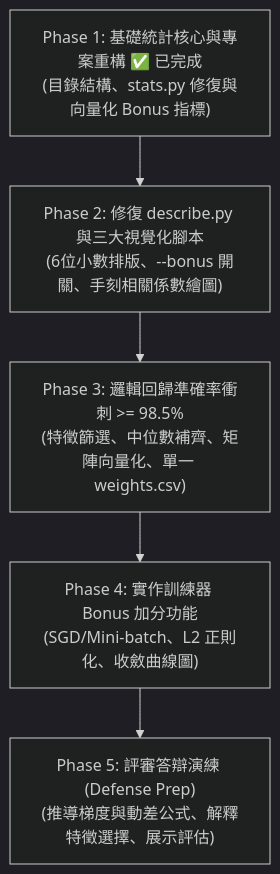
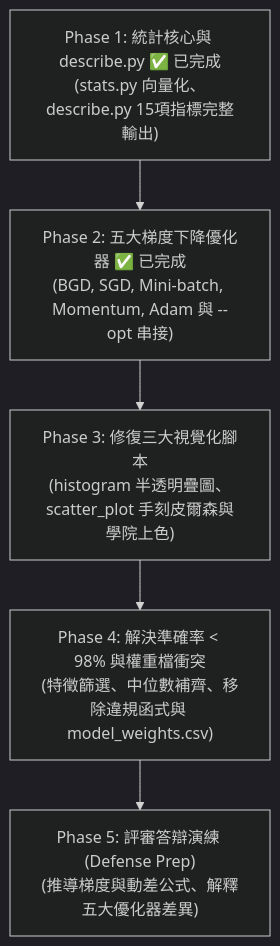
One commit to GauChau/dslr changed the first of 2 diagrams in docs/TODO.md. Above: the diagram before and after it, drawn with Mermaid (dark theme). The commit also changed other lines of this file and 5 other files, not shown here.

````diff
--- a/docs/TODO.md
+++ b/docs/TODO.md
@@ -279,7 +331,7 @@
 ```mermaid
 flowchart TD
-    A["Phase 1: 基礎統計核心與專案重構 ✅ 已完成<br>(目錄結構、stats.py 修復與向量化 Bonus 指標)"] --> B["Phase 2: 修復 describe.py 與三大視覺化腳本<br>(6位小數排版、--bonus 開關、手刻相關係數繪圖)"]
-    B --> C["Phase 3: 邏輯回歸準確率衝刺 >= 98.5%<br>(特徵篩選、中位數補齊、矩陣向量化、單一 weights.csv)"]
-    C --> D["Phase 4: 實作訓練器 Bonus 加分功能<br>(SGD/Mini-batch、L2 正則化、收斂曲線圖)"]
-    D --> E["Phase 5: 評審答辯演練 (Defense Prep)<br>(推導梯度與動差公式、解釋特徵選擇、展示評估)"]
+    A["Phase 1: 統計核心與 describe.py ✅ 已完成<br>(stats.py 向量化、describe.py 15項指標完整輸出)"] --> B["Phase 2: 五大梯度下降優化器 ✅ 已完成<br>(BGD, SGD, Mini-batch, Momentum, Adam 與 --opt 串接)"]
+    B --> C["Phase 3: 修復三大視覺化腳本<br>(histogram 半透明疊圖、scatter_plot 手刻皮爾森與學院上色)"]
+    C --> D["Phase 4: 解決準確率 < 98% 與權重檔衝突<br>(特徵篩選、中位數補齊、移除違規函式與 model_weights.csv)"]
+    D --> E["Phase 5: 評審答辯演練 (Defense Prep)<br>(推導梯度與動差公式、解釋五大優化器差異)"]
 ```
````
